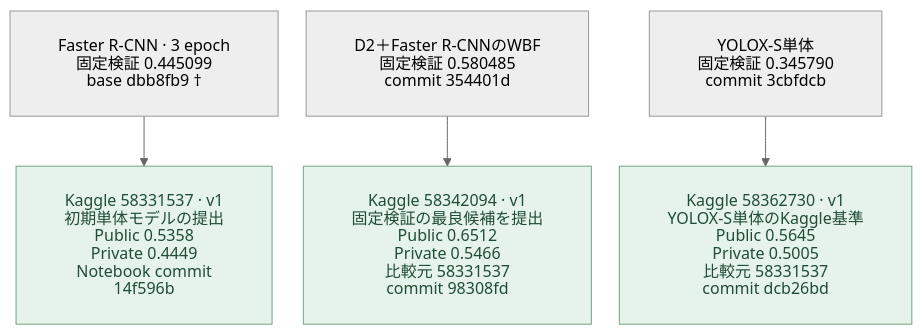
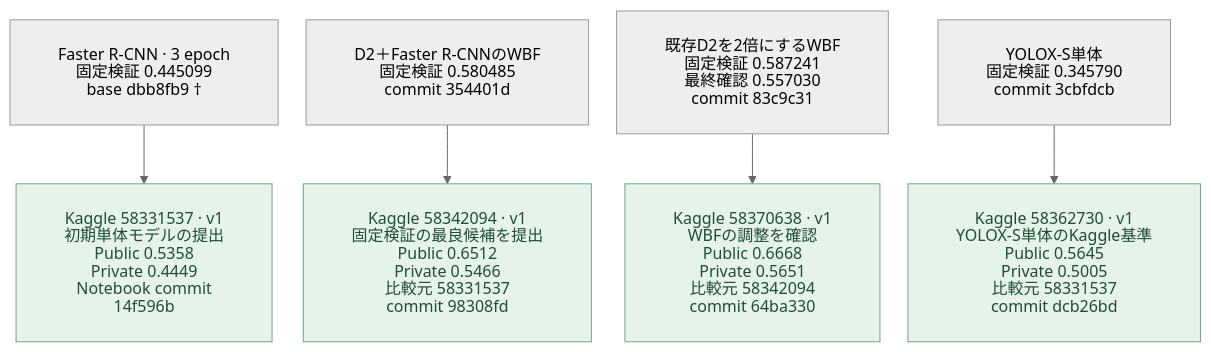
One commit to Yutarotaro/kaggle-global-wheat-detection changed the third of 3 diagrams in docs/experiment-lineage.md. Above: the diagram before and after it, drawn with Mermaid (neutral theme). The commit also changed other lines of this file and 1 other file, not shown here.

Commit message:
docs: Private 0.5651の提出と追加データ比較を記録する

````diff
--- a/docs/experiment-lineage.md
+++ b/docs/experiment-lineage.md
@@ -96,17 +107,20 @@
 ```mermaid
 %%{init: {"htmlLabels": false, "flowchart": {"padding": 24, "nodeSpacing": 28}}}%%
 flowchart TB
     B3["Faster R-CNN · 3 epoch<br/>固定検証 0.445099<br/>base dbb8fb9 †"]
     W2["D2＋Faster R-CNNのWBF<br/>固定検証 0.580485<br/>commit 354401d"]
+    W4["既存D2を2倍にするWBF<br/>固定検証 0.587241<br/>最終確認 0.557030<br/>commit 83c9c31"]
     Y["YOLOX-S単体<br/>固定検証 0.345790<br/>commit 3cbfdcb"]
     S1["Kaggle 58331537 · v1<br/>初期単体モデルの提出<br/>Public 0.5358<br/>Private 0.4449<br/>Notebook commit 14f596b"]
     S2["Kaggle 58342094 · v1<br/>固定検証の最良候補を提出<br/>Public 0.6512<br/>Private 0.5466<br/>比較元 58331537<br/>commit 98308fd"]
     SY["Kaggle 58362730 · v1<br/>YOLOX-S単体のKaggle基準<br/>Public 0.5645<br/>Private 0.5005<br/>比較元 58331537<br/>commit dcb26bd"]
+    S4["Kaggle 58370638 · v1<br/>WBFの調整を確認<br/>Public 0.6668<br/>Private 0.5651<br/>比較元 58342094<br/>commit 64ba330"]
 
     B3 --> S1
     W2 --> S2
+    W4 --> S4
     Y --> SY
 
     classDef submission fill:#e6f3eb,color:#204d34,stroke:#73a287
-    class S1,S2,SY submission
+    class S1,S2,SY,S4 submission
 ```
````
